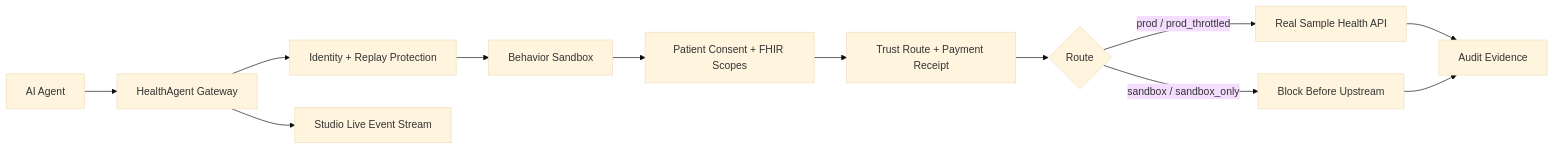
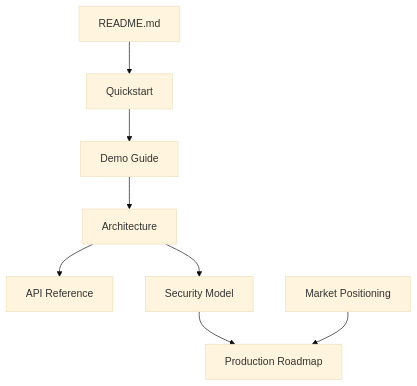
One commit to roshaninfordham/healthagentpassport changed the diagram in docs/README.md. Above: the diagram before and after it, drawn with Mermaid (base theme). The commit also changed other lines of this file and 137 other files, not shown here.

````diff
--- a/docs/README.md
+++ b/docs/README.md
@@ -27,14 +20,10 @@
 ```mermaid
-flowchart LR
-  A[AI Agent] --> B[HealthAgent Gateway]
-  B --> C[Identity + Replay Protection]
-  C --> D[Behavior Sandbox]
-  D --> E[Patient Consent + FHIR Scopes]
-  E --> F[Trust Route + Payment Receipt]
-  F --> G{Route}
-  G -->|prod / prod_throttled| H[Real Sample Health API]
-  G -->|sandbox / sandbox_only| I[Block Before Upstream]
-  B --> S[Studio Live Event Stream]
-  H --> J[Audit Evidence]
-  I --> J
+flowchart TD
+  Readme[README.md] --> Quickstart[Quickstart]
+  Quickstart --> Demo[Demo Guide]
+  Demo --> Architecture[Architecture]
+  Architecture --> Api[API Reference]
+  Architecture --> Security[Security Model]
+  Security --> Roadmap[Production Roadmap]
+  Market[Market Positioning] --> Roadmap
 ```
````
